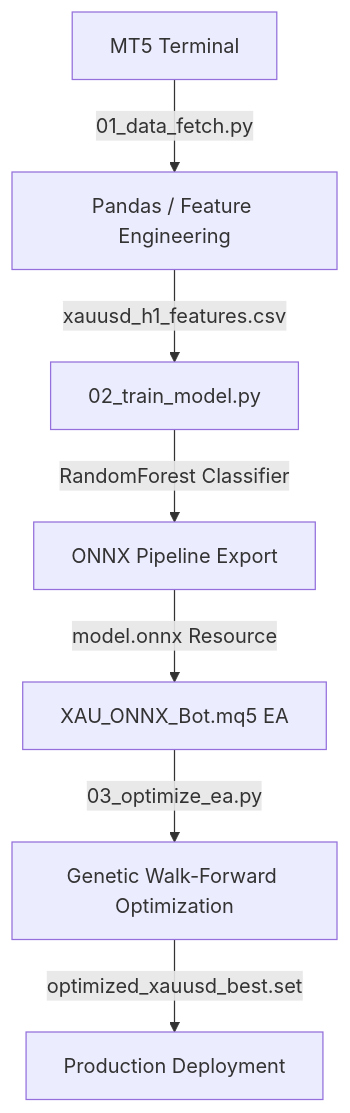
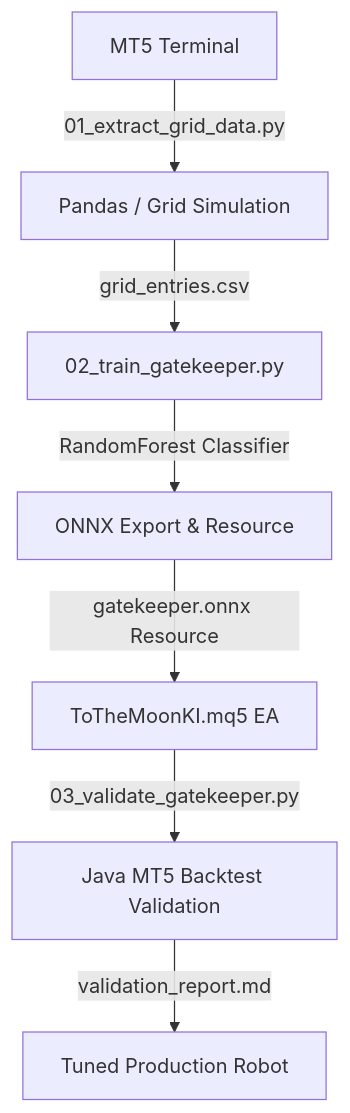
One commit to tnickel/KIGoldRobot changed the diagram in README.md. Above: the diagram before and after it, drawn with Mermaid. The commit also changed other lines of this file and 37 other files, not shown here.

````diff
--- a/README.md
+++ b/README.md
@@ -11,9 +13,9 @@
 ```mermaid
 graph TD
-    A[MT5 Terminal] -->|01_data_fetch.py| B[Pandas / Feature Engineering]
-    B -->|xauusd_h1_features.csv| C[02_train_model.py]
-    C -->|RandomForest Classifier| D[ONNX Pipeline Export]
-    D -->|model.onnx Resource| E[XAU_ONNX_Bot.mq5 EA]
-    E -->|03_optimize_ea.py| F[Genetic Walk-Forward Optimization]
-    F -->|optimized_xauusd_best.set| G[Production Deployment]
+    A[MT5 Terminal] -->|01_extract_grid_data.py| B[Pandas / Grid Simulation]
+    B -->|grid_entries.csv| C[02_train_gatekeeper.py]
+    C -->|RandomForest Classifier| D[ONNX Export & Resource]
+    D -->|gatekeeper.onnx Resource| E[ToTheMoonKI.mq5 EA]
+    E -->|03_validate_gatekeeper.py| F[Java MT5 Backtest Validation]
+    F -->|validation_report.md| G[Tuned Production Robot]
 ```
````
